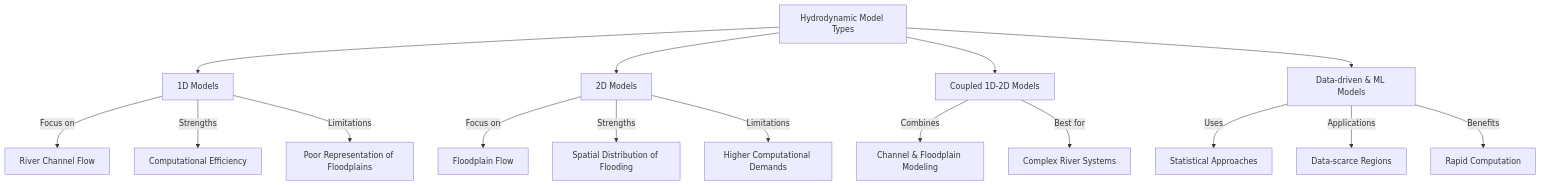
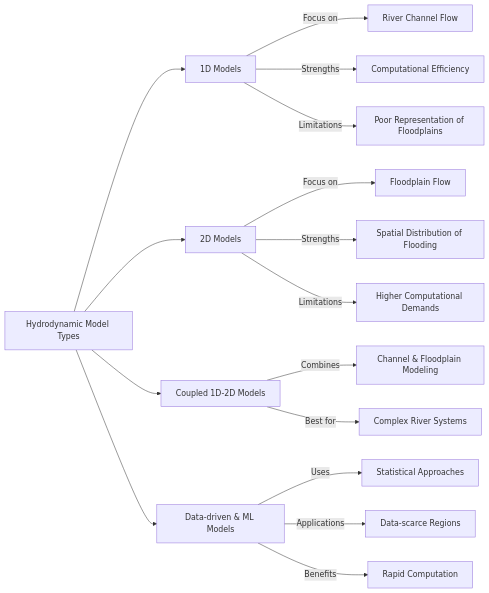
One commit to SouravDSGit/Hydrodynamic-Modeling changed the fourth of 6 diagrams in docs/chapter_01.md. Above: the diagram before and after it, drawn with Mermaid.

````diff
--- a/docs/chapter_01.md
+++ b/docs/chapter_01.md
@@ -129,22 +129,22 @@
 ```{mermaid}
-graph TD
+graph LR
     A[Hydrodynamic Model Types] --> B[1D Models]
     A --> C[2D Models]
     A --> D[Coupled 1D-2D Models]
     A --> E[Data-driven & ML Models]
 
     B -->|Focus on| B1[River Channel Flow]
     B -->|Strengths| B2[Computational Efficiency]
     B -->|Limitations| B3[Poor Representation of Floodplains]
 
     C -->|Focus on| C1[Floodplain Flow]
     C -->|Strengths| C2[Spatial Distribution of Flooding]
     C -->|Limitations| C3[Higher Computational Demands]
 
     D -->|Combines| D1[Channel & Floodplain Modeling]
     D -->|Best for| D2[Complex River Systems]
 
     E -->|Uses| E1[Statistical Approaches]
     E -->|Applications| E2[Data-scarce Regions]
     E -->|Benefits| E3[Rapid Computation]
 ```
````
